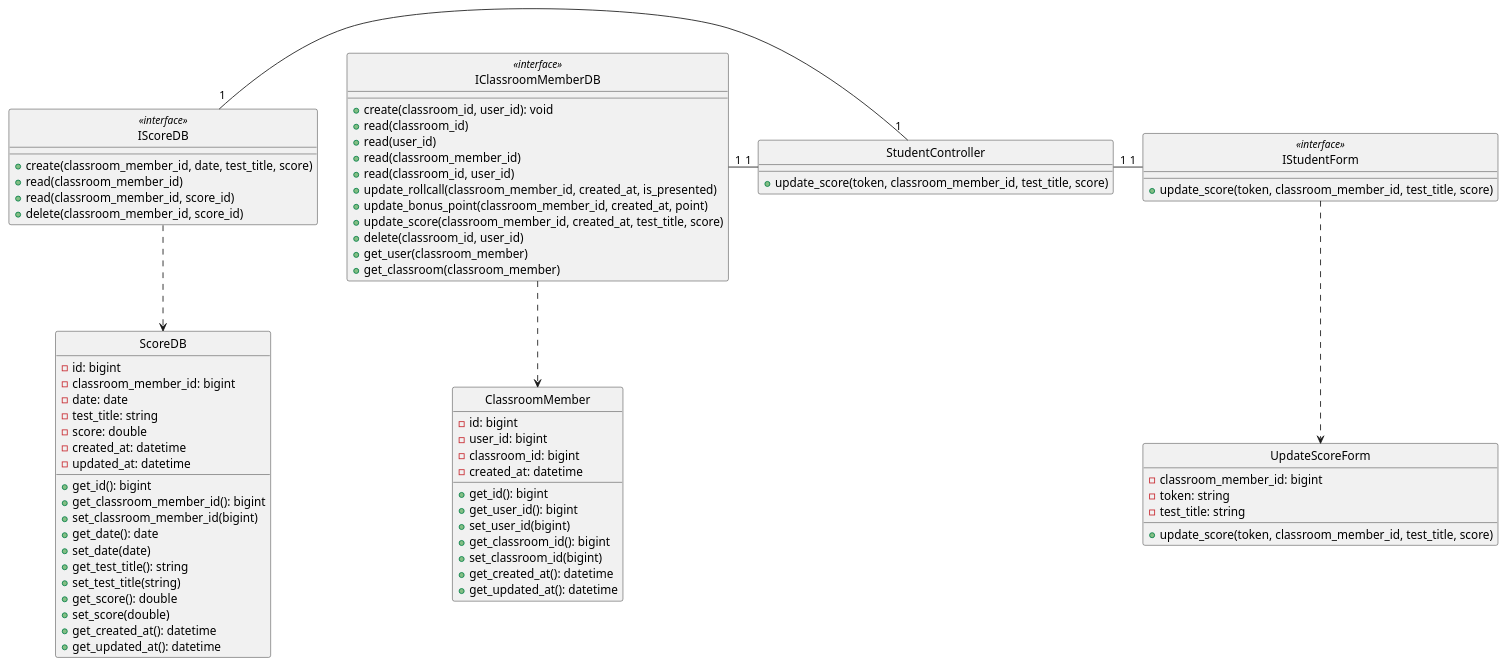
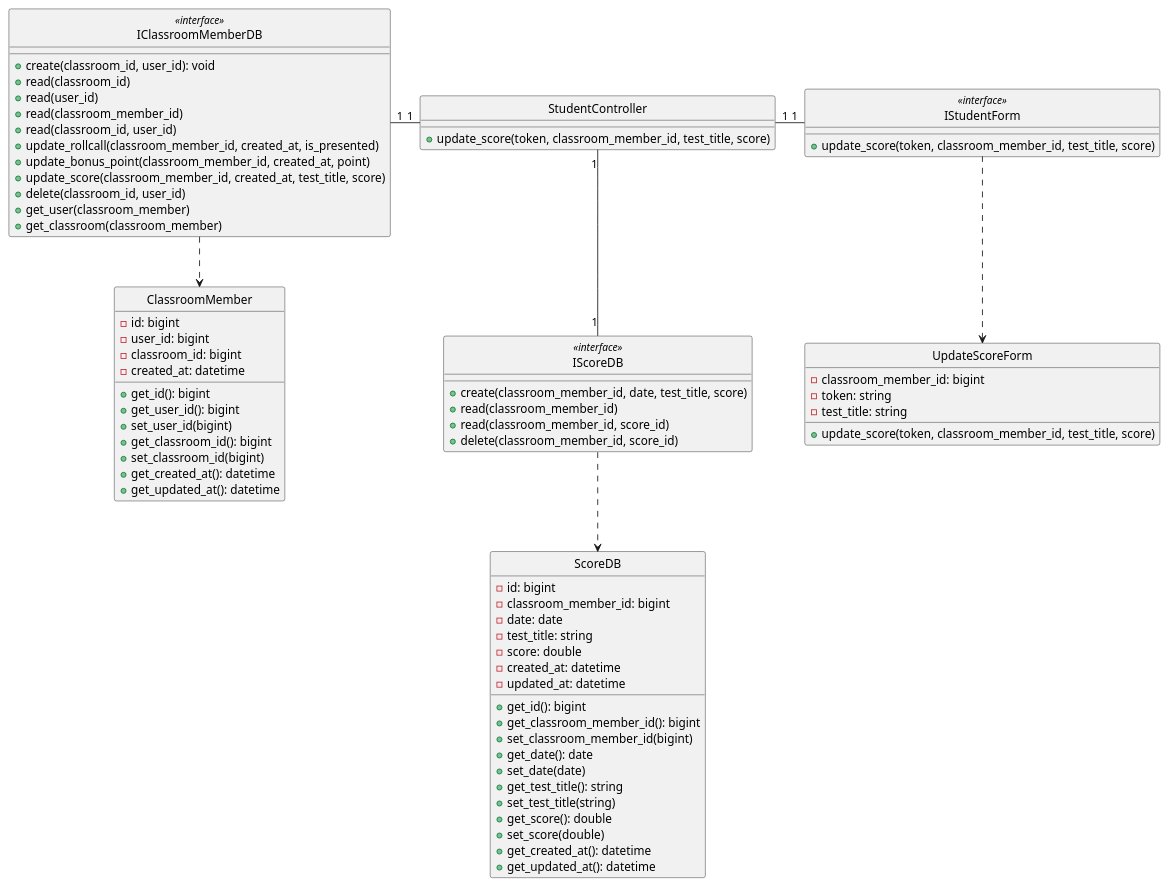
One commit to anonyhostvn/OOAD-Diagram changed the diagram in class - design/rollcall/updateScore.plantuml. Above: the diagram before and after it, drawn with PlantUML. The commit also changed 9 other files, not shown here.

Commit message:
shorten diagram

```diff
--- a/class - design/rollcall/updateScore.plantuml
+++ b/class - design/rollcall/updateScore.plantuml
@@ -1,93 +1,93 @@
-@startuml viewStudent
+@startuml updateScore
 
 class UpdateScoreForm {
     - classroom_member_id: bigint
     - token: string
     - test_title: string
 
     + update_score(token, classroom_member_id, test_title, score)
 }
 
 class IStudentForm <<interface>> {
     + update_score(token, classroom_member_id, test_title, score)
 }
 
 class StudentController {
     + update_score(token, classroom_member_id, test_title, score)
 }
 
 class ClassroomMember {
     - id: bigint
     - user_id: bigint
     - classroom_id: bigint
     - created_at: datetime
 
     + get_id(): bigint
     + get_user_id(): bigint
     + set_user_id(bigint)
     + get_classroom_id(): bigint
     + set_classroom_id(bigint)
     + get_created_at(): datetime
     + get_updated_at(): datetime
 }
 
 class IClassroomMemberDB <<interface>> {
     + create(classroom_id, user_id): void
     + read(classroom_id)
     + read(user_id)
     + read(classroom_member_id)
     + read(classroom_id, user_id)
     + update_rollcall(classroom_member_id, created_at, is_presented)
     + update_bonus_point(classroom_member_id, created_at, point)
     + update_score(classroom_member_id, created_at, test_title, score)
     + delete(classroom_id, user_id)
     + get_user(classroom_member)
     + get_classroom(classroom_member)
 }
 
 class ScoreDB {
     - id: bigint
     - classroom_member_id: bigint
     - date: date
     - test_title: string
     - score: double
     - created_at: datetime
     - updated_at: datetime
     + get_id(): bigint
     + get_classroom_member_id(): bigint
     + set_classroom_member_id(bigint)
     + get_date(): date
     + set_date(date)
     + get_test_title(): string
     + set_test_title(string)
     + get_score(): double
     + set_score(double)
     + get_created_at(): datetime
     + get_updated_at(): datetime
 }
 
 class IScoreDB <<interface>> {
     + create(classroom_member_id, date, test_title, score)
     + read(classroom_member_id)
     + read(classroom_member_id, score_id)
     + delete(classroom_member_id, score_id)
 }
 
 hide UpdateScoreForm circle
 hide IStudentForm <<interface>> circle
 hide StudentController circle
 hide IClassroomMemberDB <<interface>> circle
 hide ClassroomMember circle
 hide IScoreDB <<interface>> circle
 hide ScoreDB circle
 
 
 IStudentForm .down.> UpdateScoreForm
 IClassroomMemberDB .down.> ClassroomMember
 IScoreDB .down.> ScoreDB
 IStudentForm "1"-left-"1" StudentController
 StudentController "1"-left-"1" IClassroomMemberDB
-StudentController "1"-left-"1" IScoreDB
+StudentController "1"-down-"1" IScoreDB
 
 
 @enduml
```
